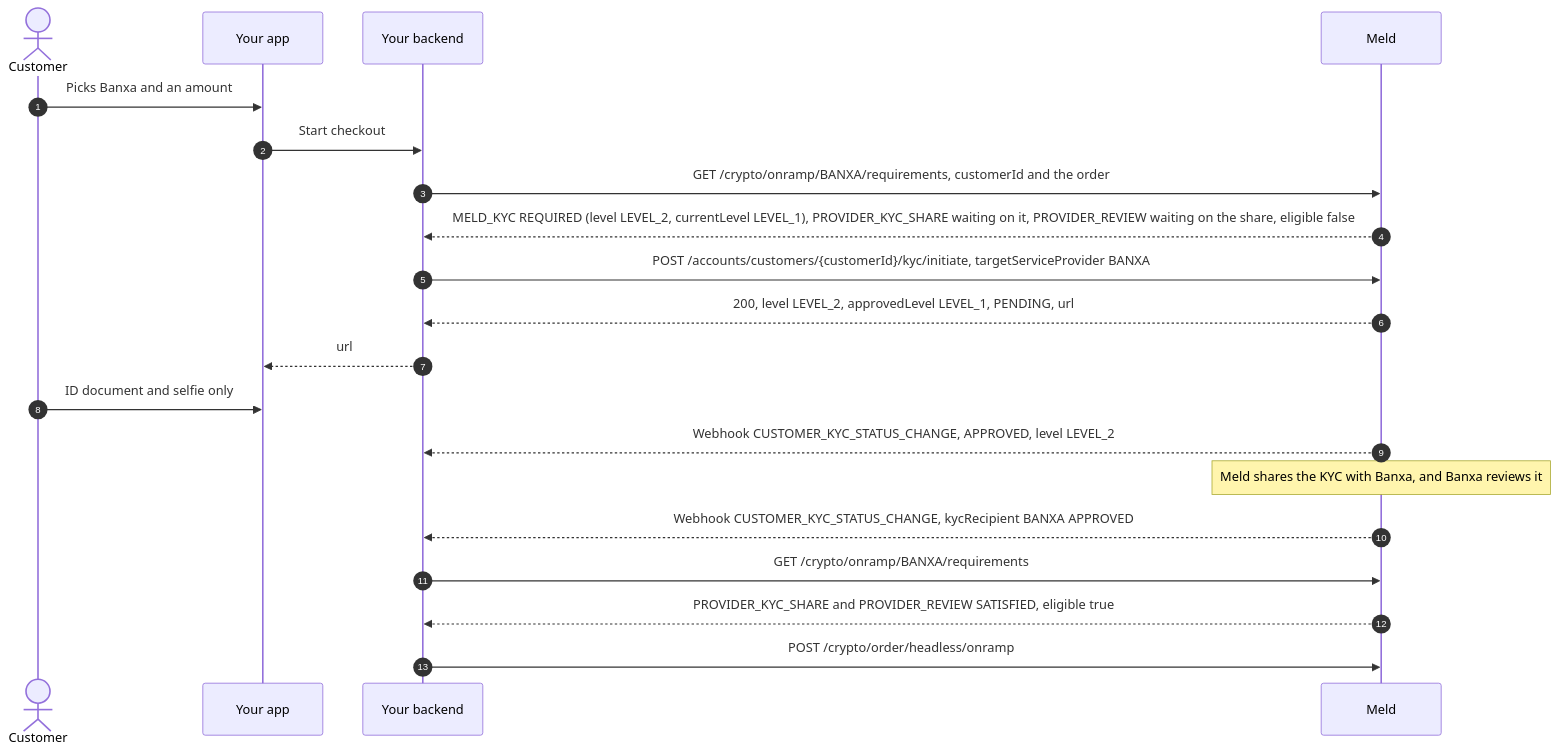
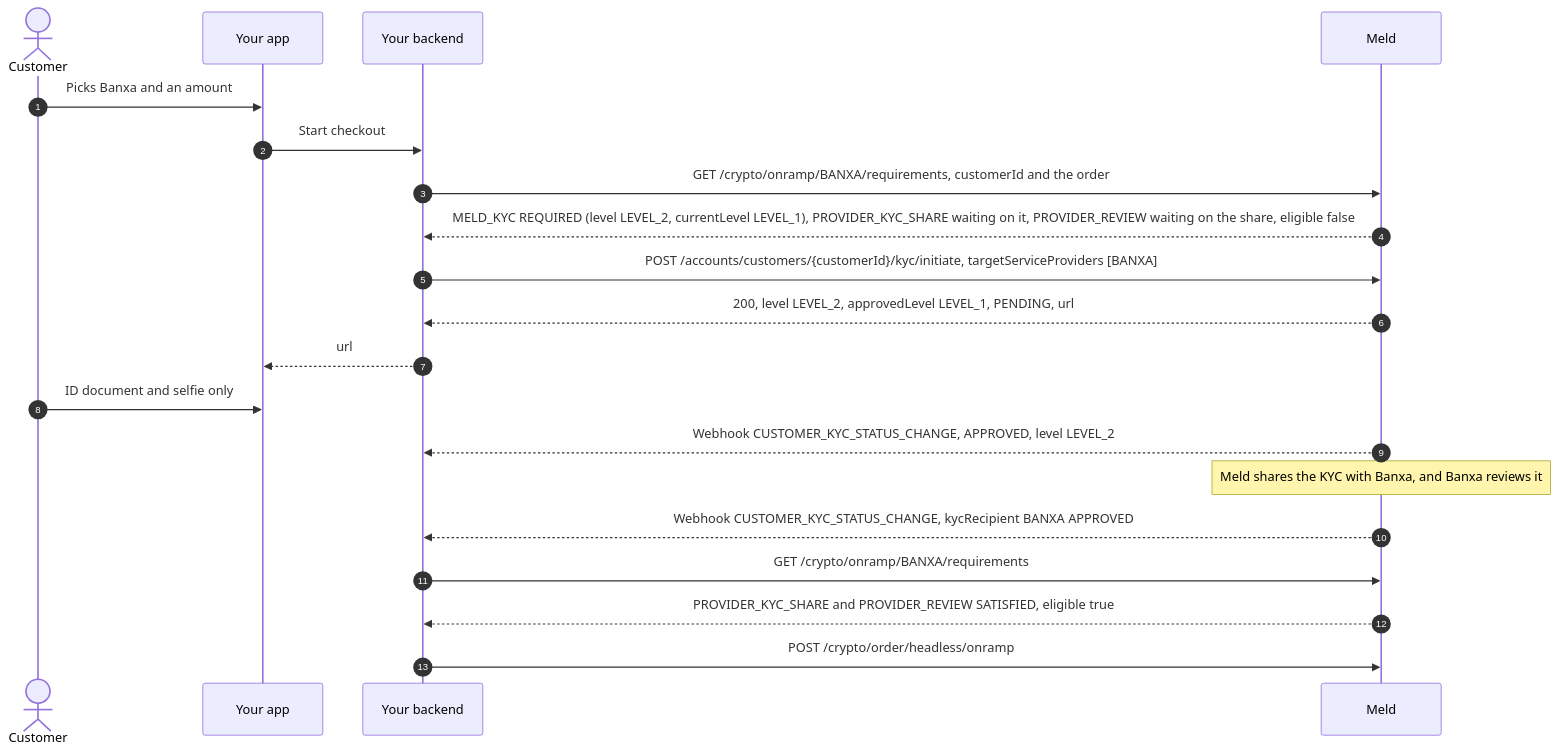
One commit to meldeng/docs changed the diagram in docs/stablecoins/unified-kyc/kyc-levels.mdx. Above: the diagram before and after it, drawn with Mermaid. The commit also changed other lines of this file and 7 other files, not shown here.

````diff
--- a/docs/stablecoins/unified-kyc/kyc-levels.mdx
+++ b/docs/stablecoins/unified-kyc/kyc-levels.mdx
@@ -134,23 +161,23 @@
 ```mermaid
 sequenceDiagram
     autonumber
     actor C as Customer
     participant A as Your app
     participant B as Your backend
     participant M as Meld
 
     C->>A: Picks Banxa and an amount
     A->>B: Start checkout
     B->>M: GET /crypto/onramp/BANXA/requirements, customerId and the order
     M-->>B: MELD_KYC REQUIRED (level LEVEL_2, currentLevel LEVEL_1), PROVIDER_KYC_SHARE waiting on it, PROVIDER_REVIEW waiting on the share, eligible false
-    B->>M: POST /accounts/customers/{customerId}/kyc/initiate, targetServiceProvider BANXA
+    B->>M: POST /accounts/customers/{customerId}/kyc/initiate, targetServiceProviders [BANXA]
     M-->>B: 200, level LEVEL_2, approvedLevel LEVEL_1, PENDING, url
     B-->>A: url
     C->>A: ID document and selfie only
     M-->>B: Webhook CUSTOMER_KYC_STATUS_CHANGE, APPROVED, level LEVEL_2
     Note over M: Meld shares the KYC with Banxa, and Banxa reviews it
     M-->>B: Webhook CUSTOMER_KYC_STATUS_CHANGE, kycRecipient BANXA APPROVED
     B->>M: GET /crypto/onramp/BANXA/requirements
     M-->>B: PROVIDER_KYC_SHARE and PROVIDER_REVIEW SATISFIED, eligible true
     B->>M: POST /crypto/order/headless/onramp
 ```
````
